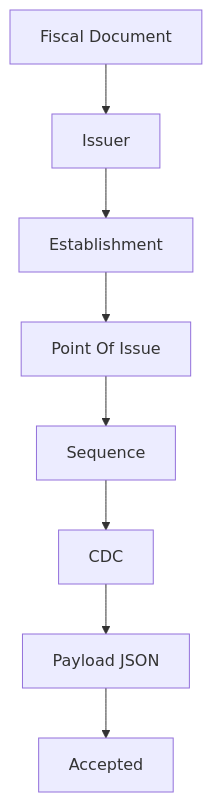
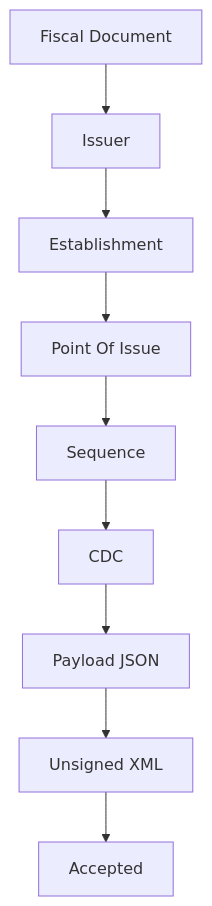
Before and after one commit to betopindu/odoo-restaurant-suite: the diagram in docs/diagrams/paraguay-processing.mmd, drawn with Mermaid. The commit also changed 9 other files, not shown here.

Commit message:
Implement Paraguay unsigned XML draft builder

```diff
--- a/docs/diagrams/paraguay-processing.mmd
+++ b/docs/diagrams/paraguay-processing.mmd
@@ -1,17 +1,19 @@
 flowchart TD
 
 A[Fiscal Document]
 
 A --> B[Issuer]
 
 B --> C[Establishment]
 
 C --> D[Point Of Issue]
 
 D --> E[Sequence]
 
 E --> F[CDC]
 
 F --> G[Payload JSON]
 
-G --> H[Accepted]
+G --> H[Unsigned XML]
+
+H --> I[Accepted]
```
